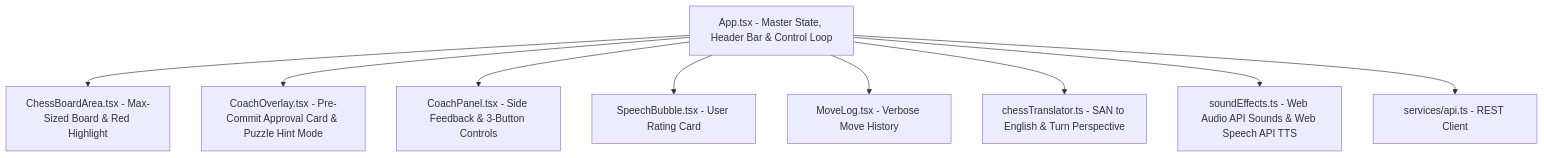
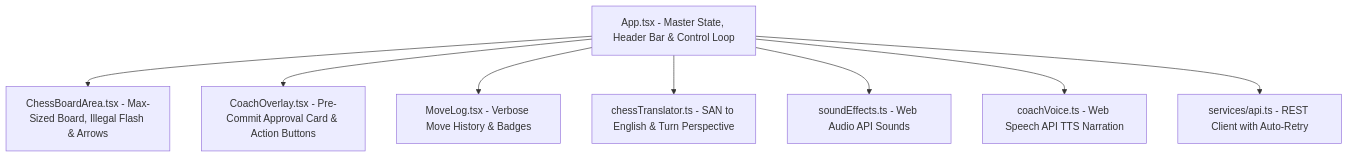
One commit to janhavi-28/chess-game changed the second of 6 diagrams in ARCHITECTURE.md. Above: the diagram before and after it, drawn with Mermaid. The commit also changed other lines of this file and 1 other file, not shown here.

Commit message:
docs: update PRD.md and ARCHITECTURE.md with recent features, arrow rules, voice sync, and resiliency

````diff
--- a/ARCHITECTURE.md
+++ b/ARCHITECTURE.md
@@ -27,11 +27,10 @@
 ```mermaid
 graph TD
-    App[App.tsx - Master State, Header Bar & Control Loop] --> Board[ChessBoardArea.tsx - Max-Sized Board & Red Highlight]
-    App --> Overlay[CoachOverlay.tsx - Pre-Commit Approval Card & Puzzle Hint Mode]
-    App --> Coach[CoachPanel.tsx - Side Feedback & 3-Button Controls]
-    App --> Speech[SpeechBubble.tsx - User Rating Card]
-    App --> Log[MoveLog.tsx - Verbose Move History]
+    App[App.tsx - Master State, Header Bar & Control Loop] --> Board[ChessBoardArea.tsx - Max-Sized Board, Illegal Flash & Arrows]
+    App --> Overlay[CoachOverlay.tsx - Pre-Commit Approval Card & Action Buttons]
+    App --> Log[MoveLog.tsx - Verbose Move History & Badges]
     App --> Translator[chessTranslator.ts - SAN to English & Turn Perspective]
-    App --> Sound[soundEffects.ts - Web Audio API Sounds & Web Speech API TTS]
-    App --> Service[services/api.ts - REST Client]
+    App --> Sound[soundEffects.ts - Web Audio API Sounds]
+    App --> Voice[coachVoice.ts - Web Speech API TTS Narration]
+    App --> Service[services/api.ts - REST Client with Auto-Retry]
 ```
````
